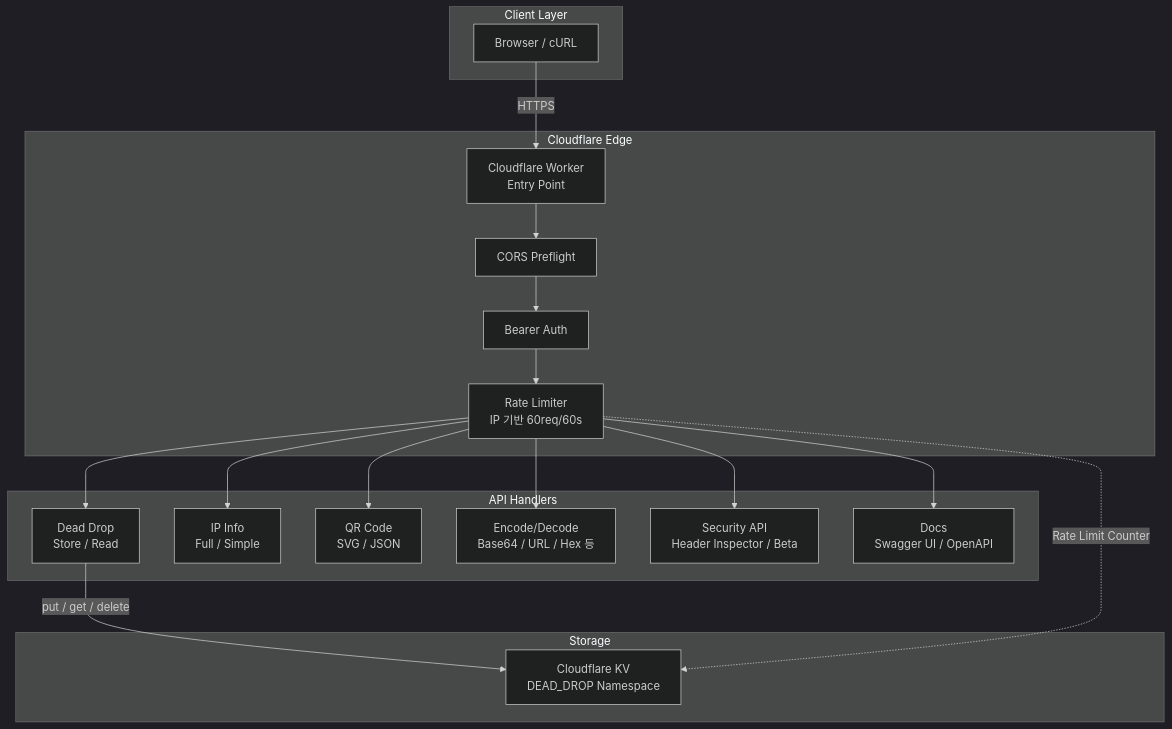
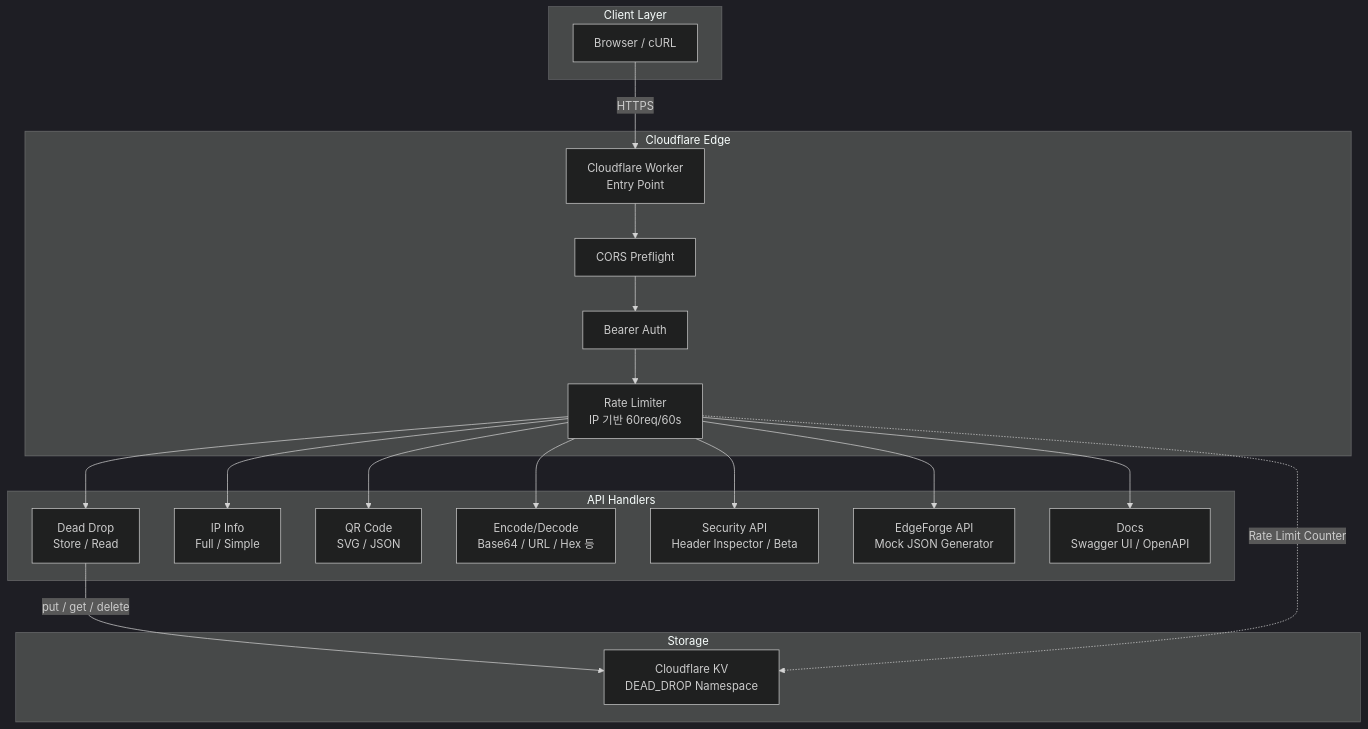
Before and after one commit to gguatit/kalpha-s_api: the first of 2 diagrams in README.md, drawn with Mermaid (dark theme). The commit also changed other lines of this file and 3 other files, not shown here.

First line of the commit message:
feat: EdgeForge(BETA) API 추가 및 문서 업데이트

````diff
--- a/README.md
+++ b/README.md
@@ -11,39 +11,41 @@
 ```mermaid
 graph TB
     subgraph "Client Layer"
         A[Browser / cURL]
     end
 
     subgraph "Cloudflare Edge"
         B[Cloudflare Worker<br/>Entry Point]
         C[CORS Preflight]
         D[Bearer Auth]
         E[Rate Limiter<br/>IP 기반 60req/60s]
     end
 
     subgraph "API Handlers"
         F[Dead Drop<br/>Store / Read]
         G[IP Info<br/>Full / Simple]
         H[QR Code<br/>SVG / JSON]
         J2[Encode/Decode<br/>Base64 / URL / Hex 등]
         S[Security API<br/>Header Inspector / Beta]
+        M[EdgeForge API<br/>Mock JSON Generator]
         I[Docs<br/>Swagger UI / OpenAPI]
     end
 
     subgraph "Storage"
         J[Cloudflare KV<br/>DEAD_DROP Namespace]
     end
 
     A -->|HTTPS| B
     B --> C
     C --> D
     D --> E
     E --> F
     E --> G
     E --> H
     E --> J2
     E --> S
+    E --> M
     E --> I
     F -->|put / get / delete| J
     E -.->|Rate Limit Counter| J
 ```
````
